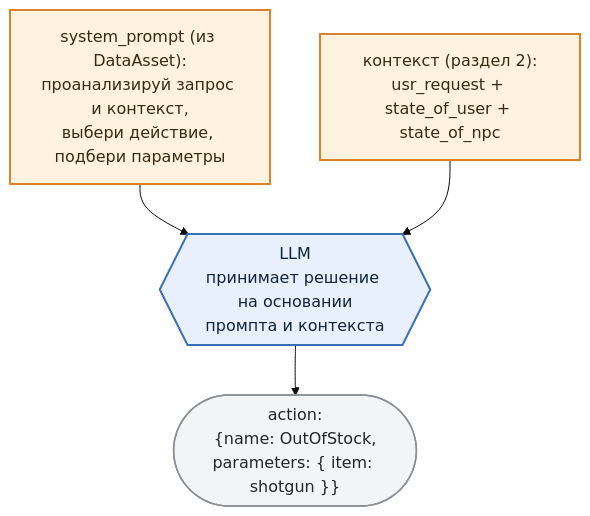
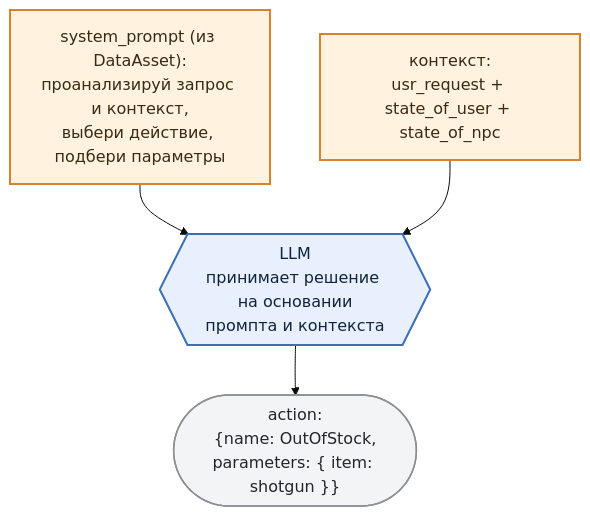
The first of 2 diagrams in docs/parts/section-04-function-calling.md (MimusTriurus/ullama_demo), drawn with Mermaid (base theme) before and after one commit. The commit also changed other lines of this file and 7 other files, not shown here.

````diff
--- a/docs/parts/section-04-function-calling.md
+++ b/docs/parts/section-04-function-calling.md
@@ -23,21 +23,21 @@
 ```mermaid
 flowchart TD
     SP["system_prompt (из DataAsset):<br/>проанализируй запрос и контекст,<br/>выбери действие, подбери параметры"]
-    CTX["контекст (раздел 2):<br/>usr_request + state_of_user + state_of_npc"]
+    CTX["контекст:<br/>usr_request + state_of_user + state_of_npc"]
 
     LLM{{"LLM<br/>принимает решение на основании<br/>промпта и контекста"}}
 
     ACT(["action:<br/>{name: OutOfStock,<br/>parameters: { item: shotgun }}"])
 
     SP --> LLM
     CTX --> LLM
     LLM --> ACT
 
     classDef state fill:#fff3e0,stroke:#d9822b,stroke-width:2px,color:#3b2a12
     classDef engine fill:#e8f0fe,stroke:#3b6fb6,stroke-width:2px,color:#12243b
     classDef edge fill:#f3f4f6,stroke:#8b8f96,stroke-width:1.5px,color:#22262b
 
     class SP,CTX state
     class LLM engine
     class ACT edge
 ```
````
